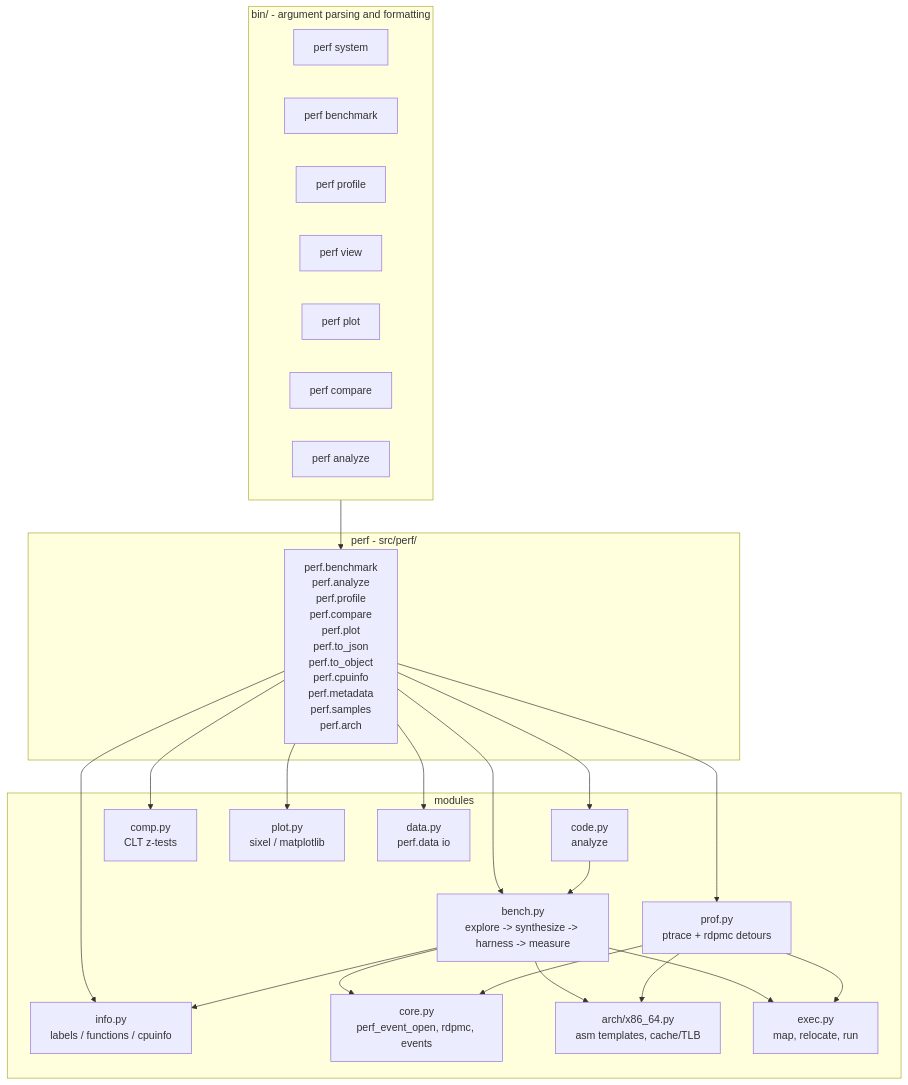
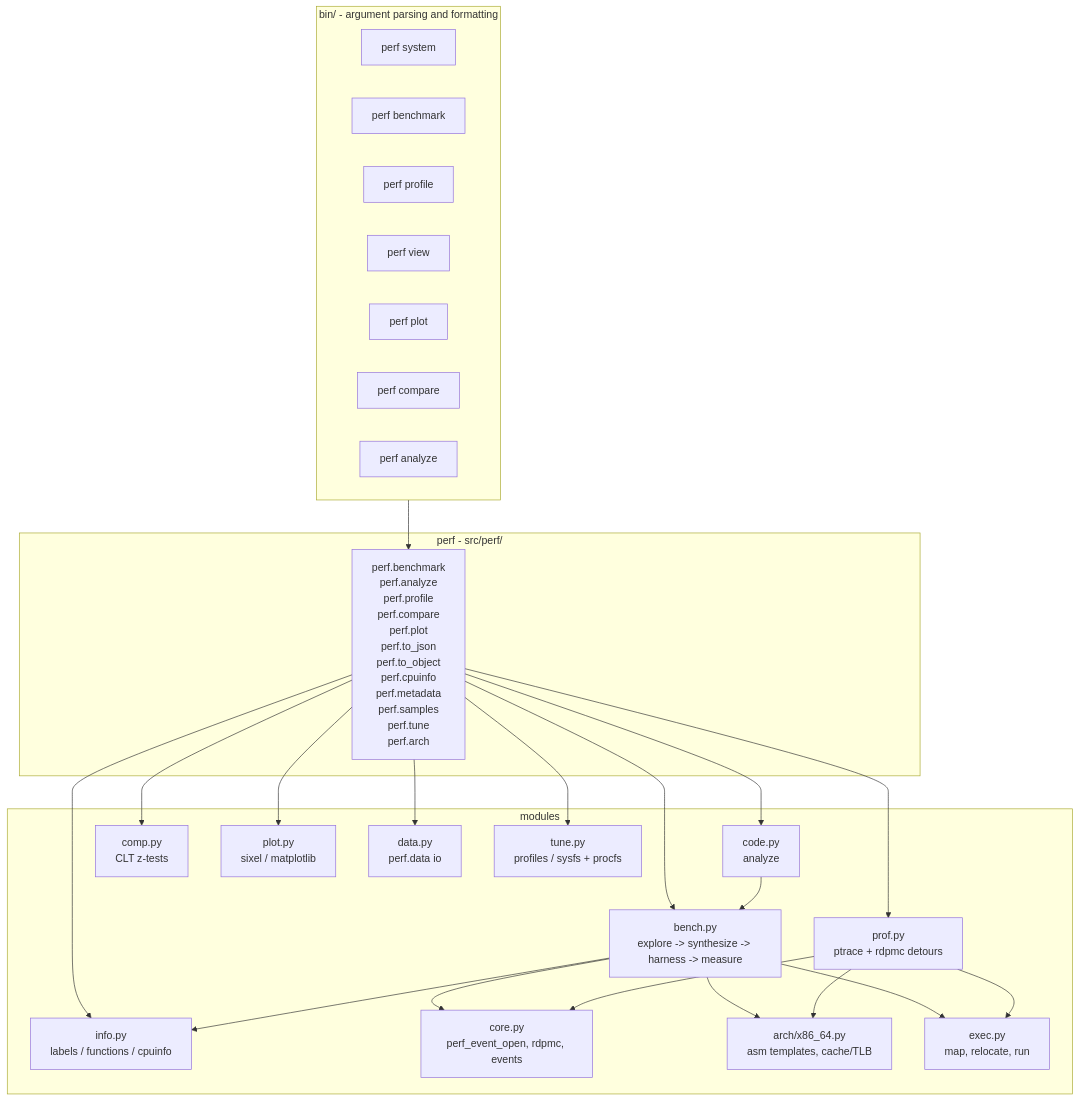
The first of 2 diagrams in src/README.md (perf-labs/perf), drawn with Mermaid before and after one commit. The commit also changed other lines of this file and 10 other files, not shown here.

Commit message:
:new: [bin] perf system tune

````diff
--- a/src/README.md
+++ b/src/README.md
@@ -7,43 +7,45 @@
 ```mermaid
 flowchart TD
     subgraph cli["bin/ - argument parsing and formatting"]
         info[perf system]
         bench[perf benchmark]
         prof[perf profile]
         view[perf view]
         plot[perf plot]
         comp[perf compare]
         analyze[perf analyze]
     end
     subgraph lib["perf - src/perf/"]
-        api["perf.benchmark<br/>perf.analyze<br/>perf.profile<br/>perf.compare<br/>perf.plot<br/>perf.to_json<br/>perf.to_object<br/>perf.cpuinfo<br/>perf.metadata<br/>perf.samples<br/>perf.arch"]
+        api["perf.benchmark<br/>perf.analyze<br/>perf.profile<br/>perf.compare<br/>perf.plot<br/>perf.to_json<br/>perf.to_object<br/>perf.cpuinfo<br/>perf.metadata<br/>perf.samples<br/>perf.tune<br/>perf.arch"]
     end
     subgraph core["modules"]
         bench_m["bench.py<br/>explore -> synthesize -> harness -> measure"]
         code_m["code.py<br/>analyze"]
         prof_m["prof.py<br/>ptrace + rdpmc detours"]
         comp_m["comp.py<br/>CLT z-tests"]
         plot_m["plot.py<br/>sixel / matplotlib"]
         data_m["data.py<br/>perf.data io"]
         info_m["info.py<br/>labels / functions / cpuinfo"]
+        tune_m["tune.py<br/>profiles / sysfs + procfs"]
         core_m["core.py<br/>perf_event_open, rdpmc, events"]
         arch_m["arch/x86_64.py<br/>asm templates, cache/TLB"]
         elf_m["exec.py<br/>map, relocate, run"]
     end
     cli --> api
     api --> bench_m
     api --> code_m
     api --> prof_m
     api --> comp_m
     api --> plot_m
     api --> data_m
     api --> info_m
+    api --> tune_m
     bench_m --> core_m
     bench_m --> arch_m
     bench_m --> elf_m
     bench_m --> info_m
     code_m --> bench_m
     prof_m --> core_m
     prof_m --> arch_m
     prof_m --> elf_m
 ```
````
